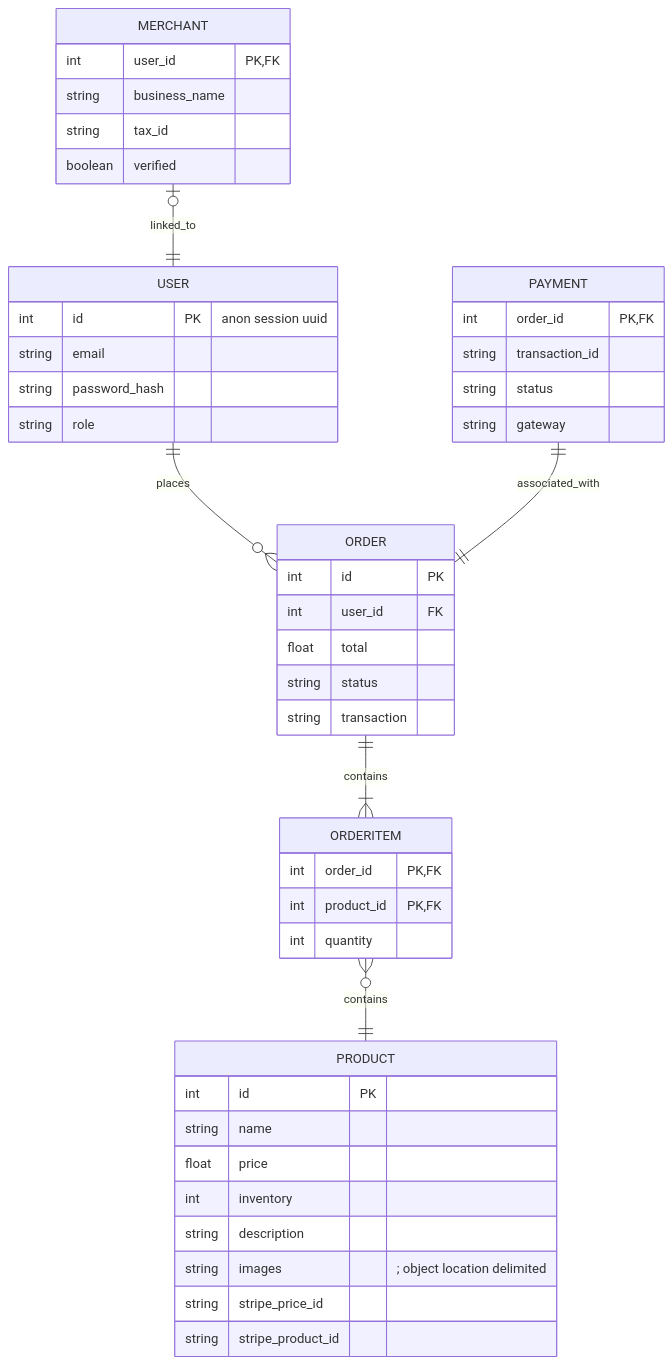
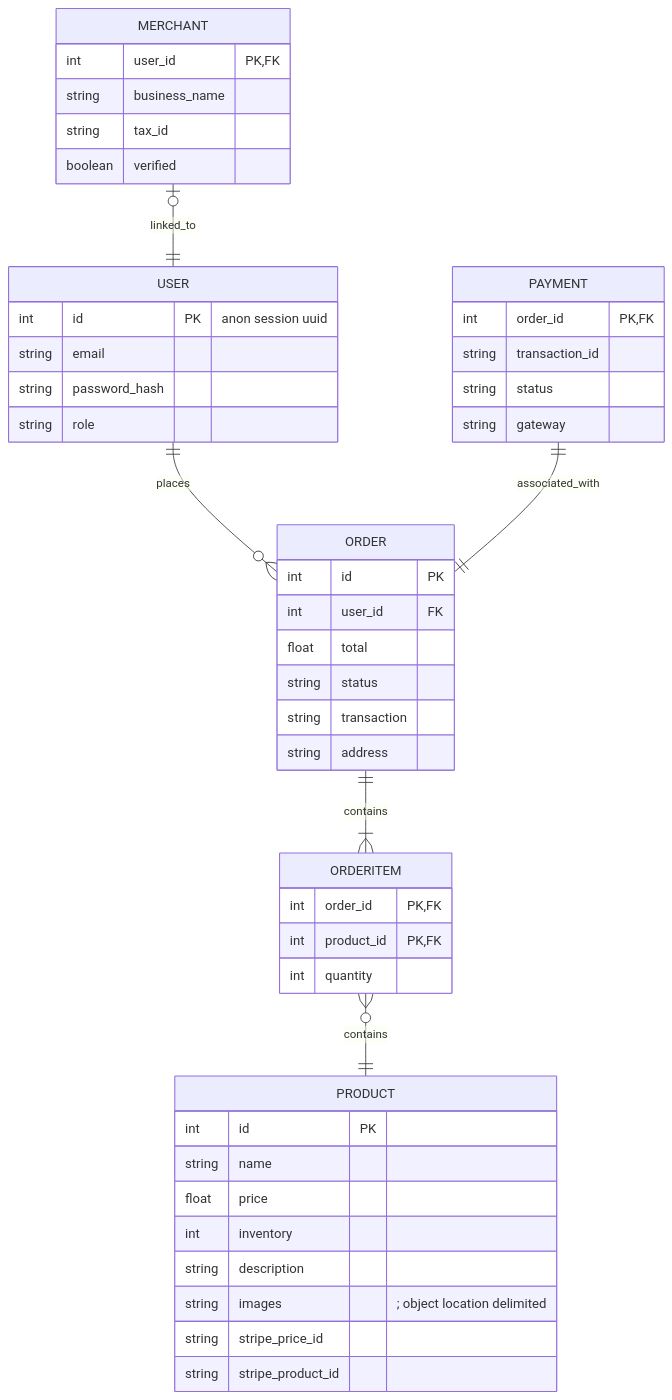
Before and after one commit to CS464-ECOMMERCE/ecommerce-app: the diagram in README.md, drawn with Mermaid. The commit also changed other lines of this file and 2 other files, not shown here.

````diff
--- a/README.md
+++ b/README.md
@@ -14,57 +66,58 @@
 ```mermaid
 erDiagram
         USER ||--o{ ORDER : places
         USER {
             int id PK "anon session uuid"
             string email
             string password_hash
             string role
         }
 
         %% MERCHANT ||--o{ PRODUCT : sells
         MERCHANT |o--|| USER : linked_to
         MERCHANT {
             int user_id PK, FK  
             string business_name
             string tax_id
             boolean verified
         }
 
         %% PRODUCT ||--o{ REVIEW : reviewed_by
         ORDER ||--|{ ORDERITEM : contains
         PRODUCT {
             int id PK
             %% int merchant_id FK
             %% int category_id FK
             string name
             float price
             int inventory
             string description
             string images "; object location delimited"
             string stripe_price_id
             string stripe_product_id
         }
         
         ORDER {
             int id PK
             int user_id FK
             float total
             string status
             string transaction
+            string address
         }
 
         ORDERITEM }o--|| PRODUCT: contains
         ORDERITEM {
             int order_id PK, FK
             int product_id PK, FK
             int quantity
         }
 
         PAYMENT ||--|| ORDER : associated_with
         PAYMENT {
             int order_id PK, FK
             string transaction_id
             string status
             string gateway
         }
 ```
````
